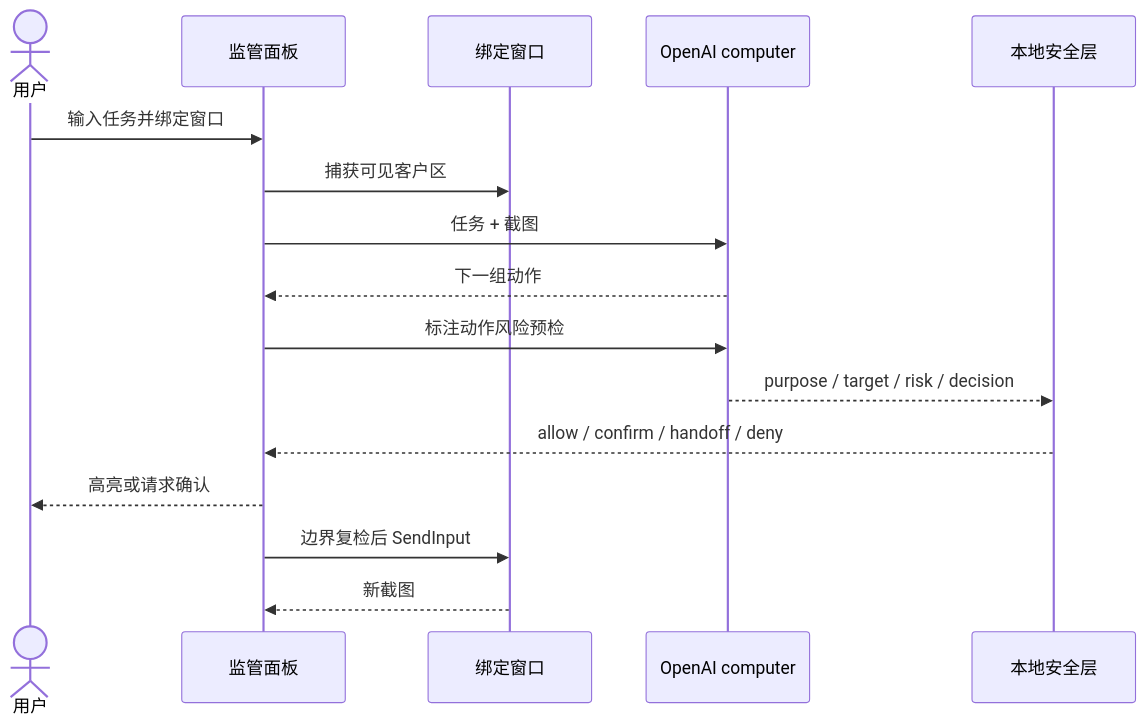
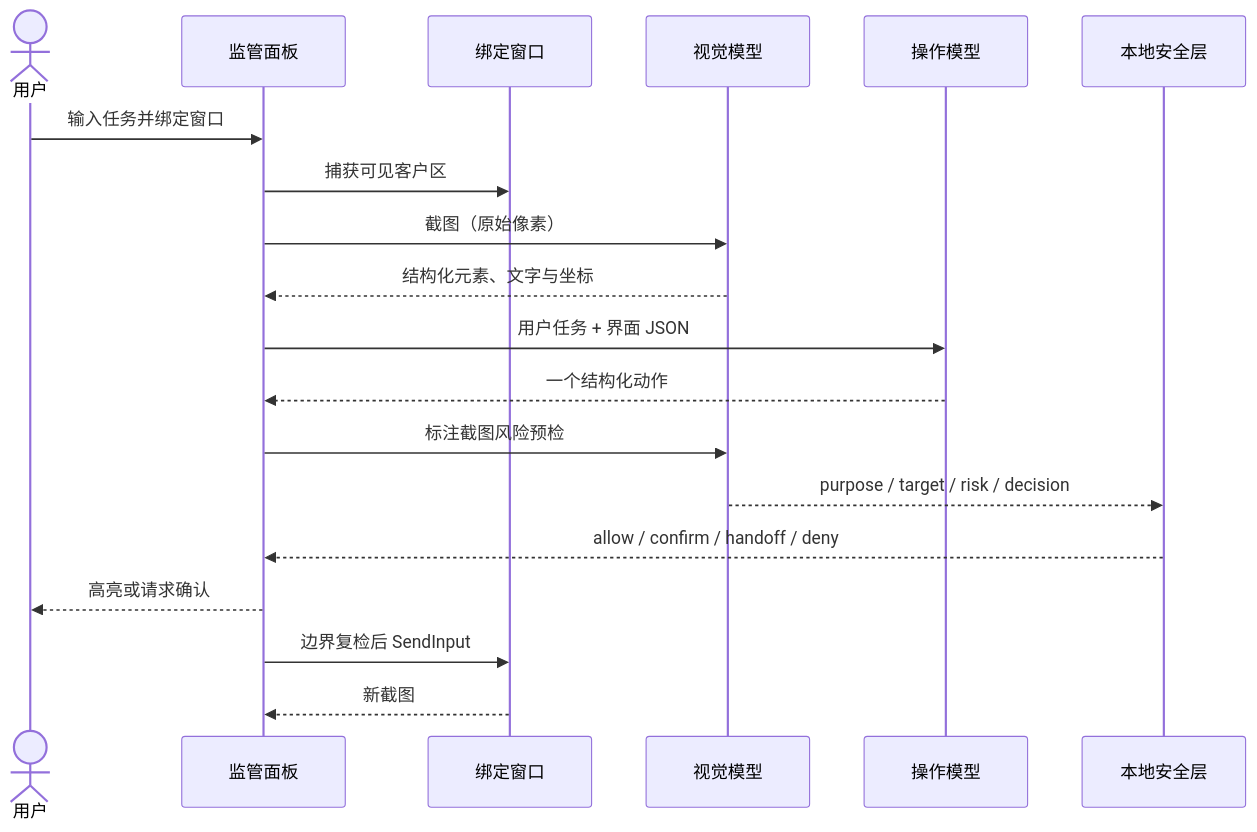
The diagram in README.md (Dante9k/cyberbody), drawn with Mermaid before and after one commit. The commit also changed other lines of this file and 18 other files, not shown here.

First line of the commit message:
feat: split vision and action model endpoints (#4)

````diff
--- a/README.md
+++ b/README.md
@@ -53,19 +55,22 @@
 ```mermaid
 sequenceDiagram
     actor User as 用户
     participant UI as 监管面板
     participant Window as 绑定窗口
-    participant Model as OpenAI computer
+    participant Vision as 视觉模型
+    participant Action as 操作模型
     participant Gate as 本地安全层
 
     User->>UI: 输入任务并绑定窗口
     UI->>Window: 捕获可见客户区
-    UI->>Model: 任务 + 截图
-    Model-->>UI: 下一组动作
-    UI->>Model: 标注动作风险预检
-    Model-->>Gate: purpose / target / risk / decision
+    UI->>Vision: 截图（原始像素）
+    Vision-->>UI: 结构化元素、文字与坐标
+    UI->>Action: 用户任务 + 界面 JSON
+    Action-->>UI: 一个结构化动作
+    UI->>Vision: 标注截图风险预检
+    Vision-->>Gate: purpose / target / risk / decision
     Gate-->>UI: allow / confirm / handoff / deny
     UI-->>User: 高亮或请求确认
     UI->>Window: 边界复检后 SendInput
     Window-->>UI: 新截图
 ```
````
